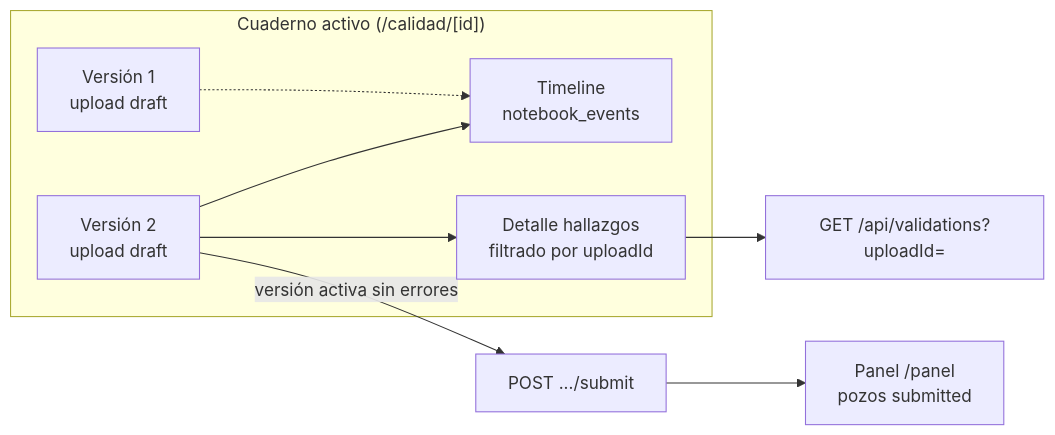
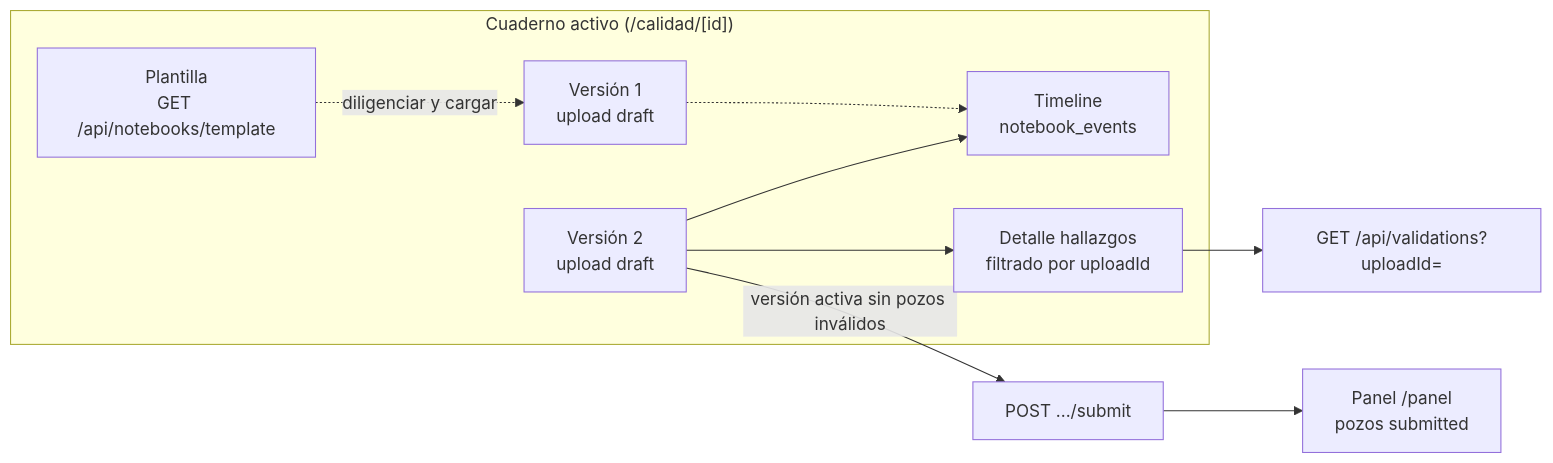
The seventh of 10 diagrams in README.md (PhDRedondo/Inventario-de-pozos), drawn with Mermaid before and after one commit. The commit also changed other lines of this file and 3 other files, not shown here.

First line of the commit message:
Overhaul README and scope architecture/security docs to admin

````diff
--- a/README.md
+++ b/README.md
@@ -202,16 +317,18 @@
 ```mermaid
 flowchart LR
   subgraph Cuaderno["Cuaderno activo (/calidad/[id])"]
+    T["Plantilla<br/>GET /api/notebooks/template"]
     V1["Versión 1<br/>upload draft"]
     V2["Versión 2<br/>upload draft"]
     TL["Timeline<br/>notebook_events"]
     HF["Detalle hallazgos<br/>filtrado por uploadId"]
   end
 
+  T -.->|diligenciar y cargar| V1
   V1 -.-> TL
   V2 --> TL
   V2 --> HF
   HF --> API2["GET /api/validations?uploadId="]
-  V2 -->|versión activa sin errores| SUB["POST .../submit"]
+  V2 -->|versión activa sin pozos inválidos| SUB["POST .../submit"]
   SUB --> Panel["Panel /panel<br/>pozos submitted"]
 ```
````
